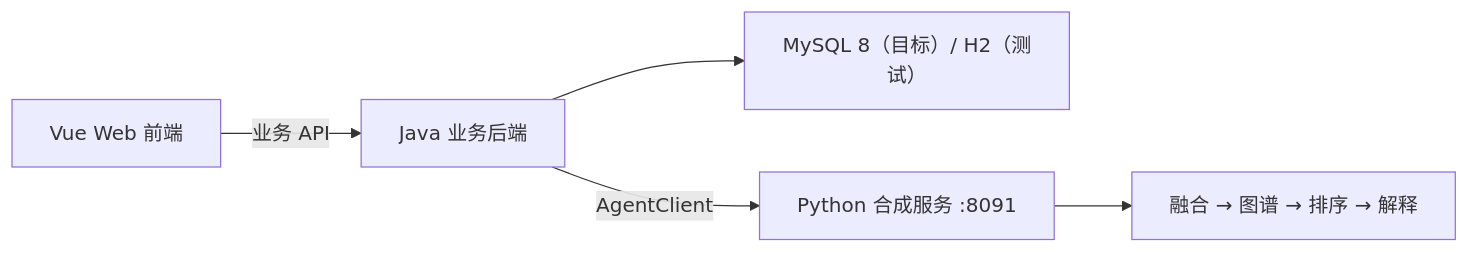
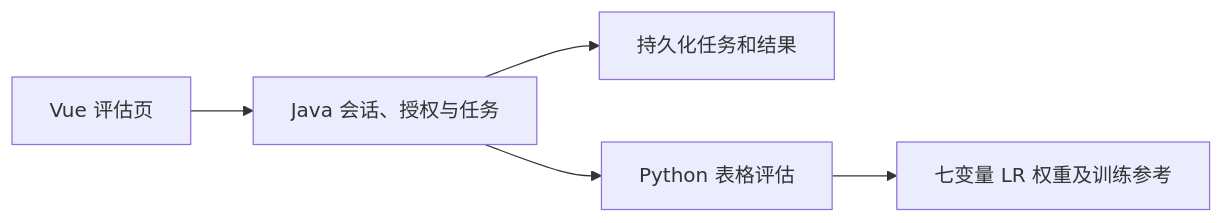
The diagram in README.md (yanxiao07/AD-CausalRisk), drawn with Mermaid before and after one commit. The commit also changed other lines of this file and 24 other files, not shown here.

````diff
--- a/README.md
+++ b/README.md
@@ -160,7 +101,7 @@
 ```mermaid
 flowchart LR
-    Web["Vue Web 前端"] -->|业务 API| Java["Java 业务后端"]
-    Java --> DB["MySQL 8（目标）/ H2（测试）"]
-    Java -->|AgentClient| Python["Python 合成服务 :8091"]
-    Python --> Workflow["融合 → 图谱 → 排序 → 解释"]
+    Web["Vue 评估页"] --> Java["Java 会话、授权与任务"]
+    Java --> DB["持久化任务和结果"]
+    Java --> Python["Python 表格评估"]
+    Python --> Model["七变量 LR 权重及训练参考"]
 ```
````
